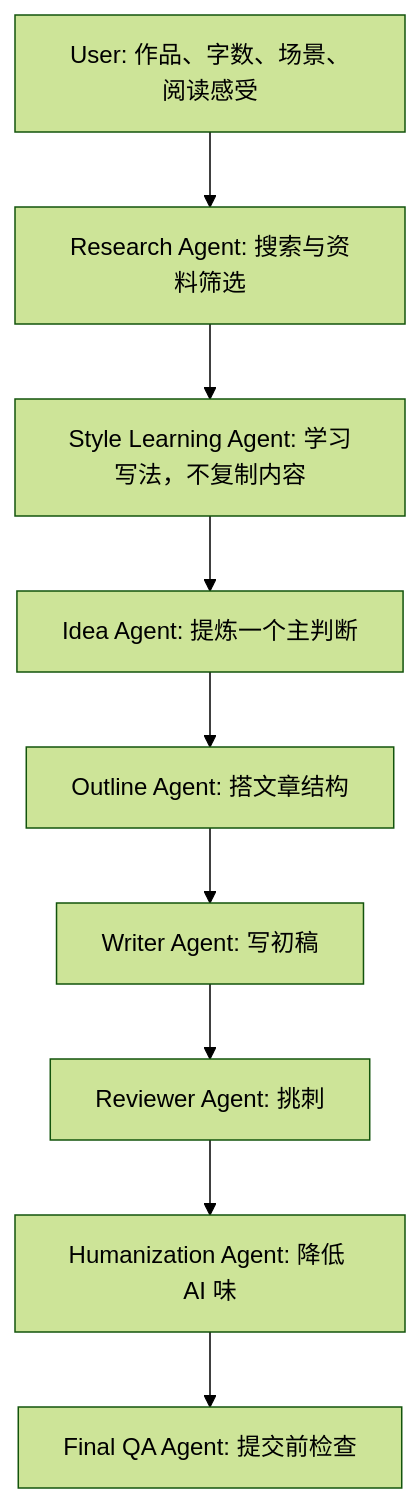
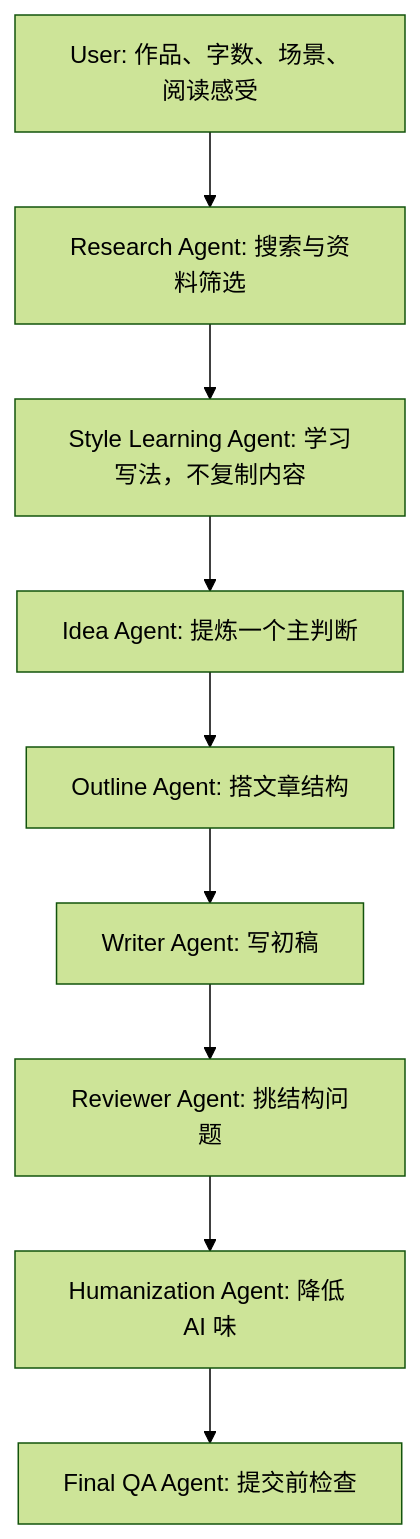
Before and after one commit to lyingdowndragon6839-design/Classic-Literary-Review-Skill: the diagram in README.md, drawn with Mermaid (forest theme). The commit also changed other lines of this file and 64 other files, not shown here.

````diff
--- a/README.md
+++ b/README.md
@@ -23,11 +130,11 @@
 ```mermaid
 flowchart TD
     A["User: 作品、字数、场景、阅读感受"] --> B["Research Agent: 搜索与资料筛选"]
     B --> C["Style Learning Agent: 学习写法，不复制内容"]
     C --> D["Idea Agent: 提炼一个主判断"]
     D --> E["Outline Agent: 搭文章结构"]
     E --> F["Writer Agent: 写初稿"]
-    F --> G["Reviewer Agent: 挑刺"]
+    F --> G["Reviewer Agent: 挑结构问题"]
     G --> H["Humanization Agent: 降低 AI 味"]
     H --> I["Final QA Agent: 提交前检查"]
 ```
````
